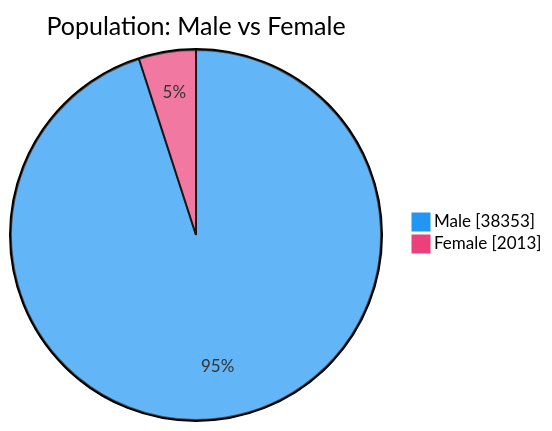
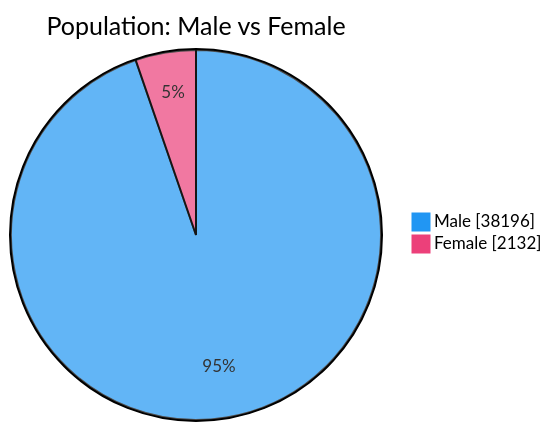
The second of 7 diagrams in README.md (nuuuwan/lk_prisons), drawn with Mermaid before and after one commit. The commit also changed other lines of this file and 1 other file, not shown here.

````diff
--- a/README.md
+++ b/README.md
@@ -54,6 +54,6 @@
 ```mermaid
 %%{init: {'themeVariables': {'pie1': '#2196F3', 'pie2': '#EC407A'}}}%%
 pie showData title Population: Male vs Female
-    "Male" : 38353
-    "Female" : 2013
+    "Male" : 38196
+    "Female" : 2132
 ```
````
